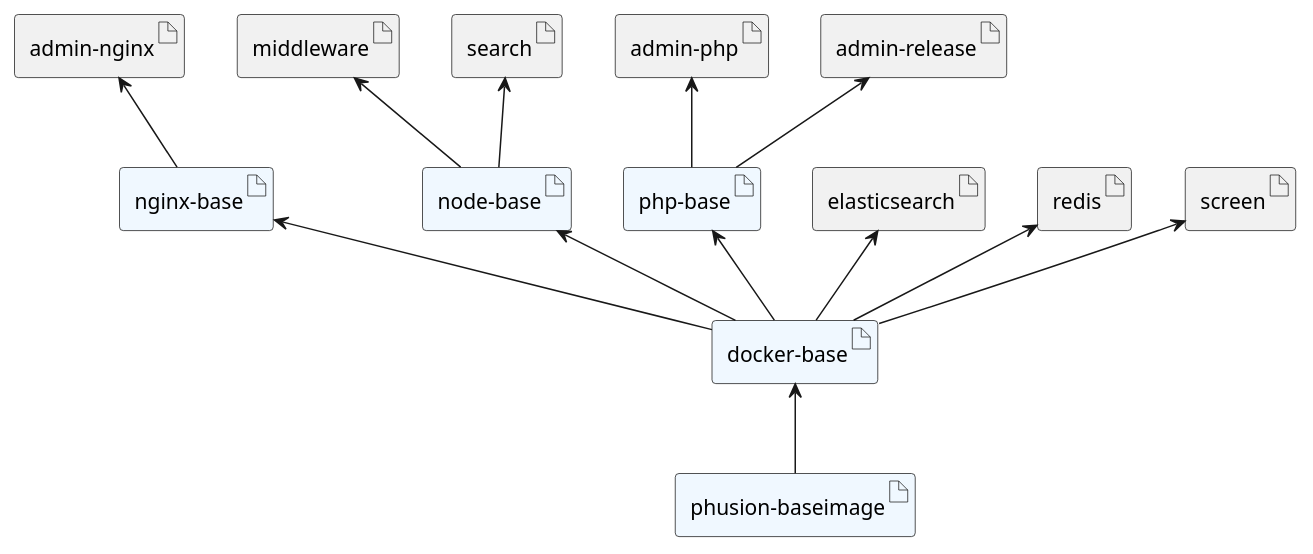
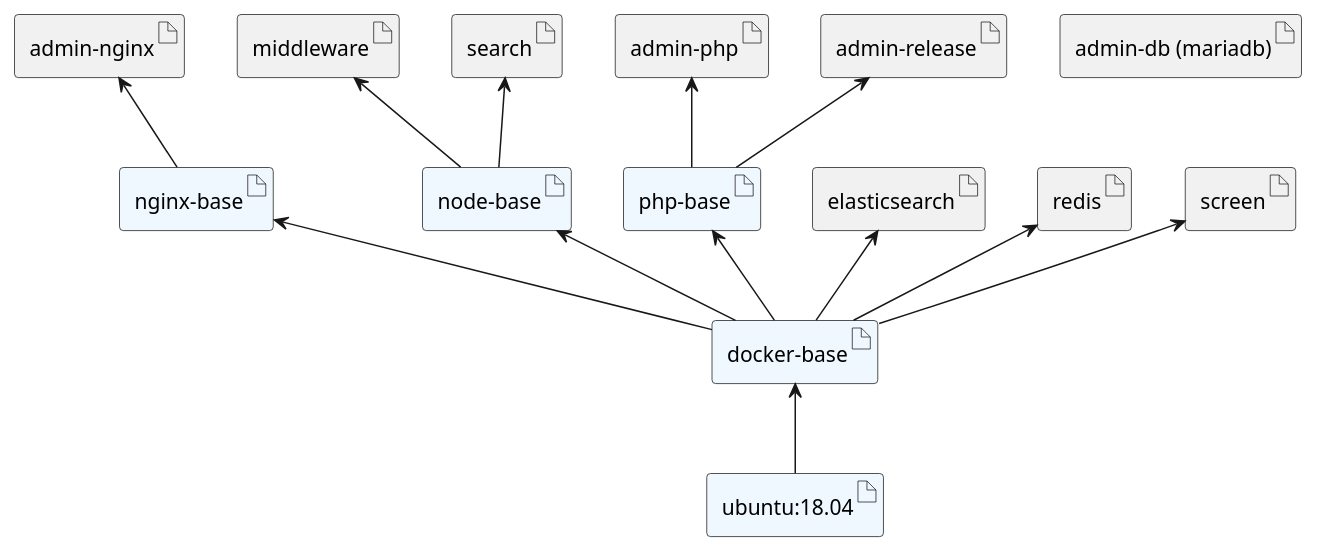
Before and after one commit to rvk-utd/os2display-docker: the diagram in documentation/diagrams/image-hierarchy.plantuml, drawn with PlantUML. The commit also changed 1 other file, not shown here.

```diff
--- a/documentation/diagrams/image-hierarchy.plantuml
+++ b/documentation/diagrams/image-hierarchy.plantuml
@@ -1,31 +1,32 @@
 @startuml
 
-artifact phusion_baseimage as "phusion-baseimage" #AliceBlue
+artifact main_base as "ubuntu:18.04" #AliceBlue
 artifact docker_base as "docker-base" #AliceBlue
 artifact nginx_base as "nginx-base"  #AliceBlue
 artifact node_base as "node-base" #AliceBlue
 artifact php_base as "php-base" #AliceBlue
 artifact admin_nginx as "admin-nginx"
 artifact admin_php as "admin-php"
 artifact admin_release as "admin-release"
 artifact elasticsearch
 artifact middleware
 artifact redis
 artifact search
 artifact screen
+artifact admin_db as "admin-db (mariadb)"
 
-docker_base <-- phusion_baseimage
+docker_base <-- main_base
 nginx_base <-- docker_base
 node_base <-- docker_base
 php_base <-- docker_base
 
 screen <-- docker_base
 admin_nginx <-- nginx_base
 admin_php <-- php_base
 elasticsearch <-- docker_base
 search <-- node_base
 middleware <-- node_base
 admin_release <-- php_base
 redis <-- docker_base
 
 @enduml
```
